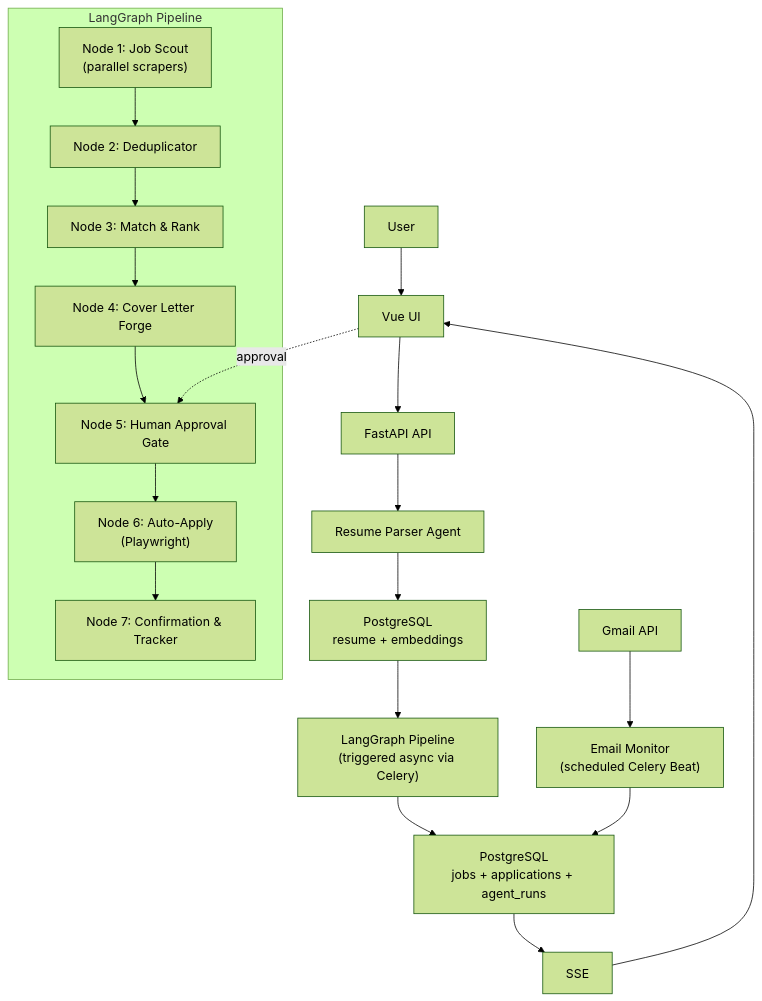
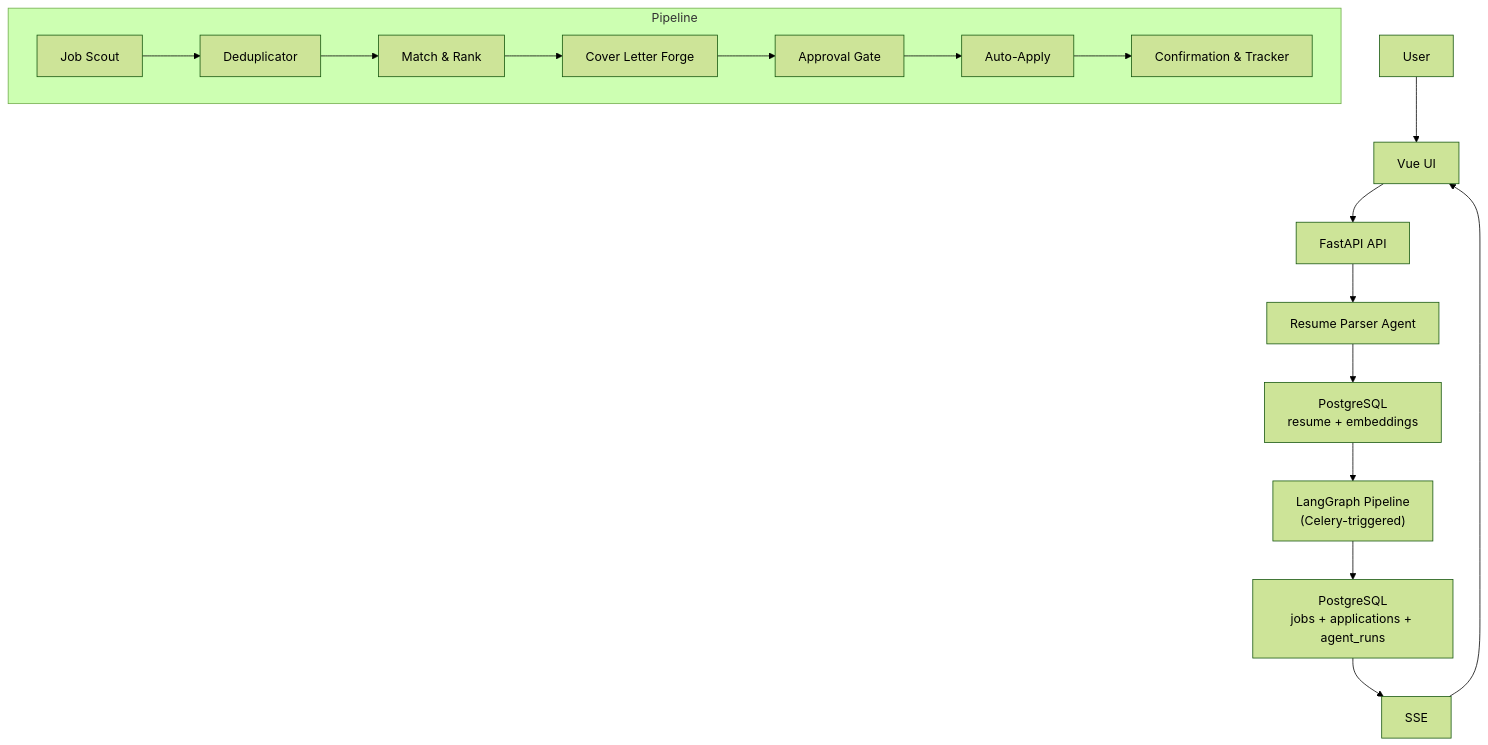
One commit to Aditya-Kumar-Sahu/applyIQ changed the diagram in README.md. Above: the diagram before and after it, drawn with Mermaid (forest theme). The commit also changed other lines of this file and 47 other files, not shown here.

````diff
--- a/README.md
+++ b/README.md
@@ -70,26 +46,23 @@
 ```mermaid
 flowchart TD
     U["User"] --> UI["Vue UI"]
     UI --> API["FastAPI API"]
     API --> RPA["Resume Parser Agent"]
     RPA --> DB1["PostgreSQL<br/>resume + embeddings"]
-    DB1 --> LP["LangGraph Pipeline<br/>(triggered async via Celery)"]
+    DB1 --> LP["LangGraph Pipeline<br/>(Celery-triggered)"]
 
-    subgraph PIPE["LangGraph Pipeline"]
-        N1["Node 1: Job Scout<br/>(parallel scrapers)"]
-        N2["Node 2: Deduplicator"]
-        N3["Node 3: Match & Rank"]
-        N4["Node 4: Cover Letter Forge"]
-        N5["Node 5: Human Approval Gate"]
-        N6["Node 6: Auto-Apply<br/>(Playwright)"]
-        N7["Node 7: Confirmation & Tracker"]
+    subgraph PIPE["Pipeline"]
+        N1["Job Scout"]
+        N2["Deduplicator"]
+        N3["Match & Rank"]
+        N4["Cover Letter Forge"]
+        N5["Approval Gate"]
+        N6["Auto-Apply"]
+        N7["Confirmation & Tracker"]
         N1 --> N2 --> N3 --> N4 --> N5 --> N6 --> N7
     end
 
     LP --> DB2["PostgreSQL<br/>jobs + applications + agent_runs"]
     DB2 --> SSE["SSE"]
     SSE --> UI
-    UI -. approval .-> N5
-    GM["Gmail API"] --> EM["Email Monitor<br/>(scheduled Celery Beat)"]
-    EM --> DB2
 ```
````
